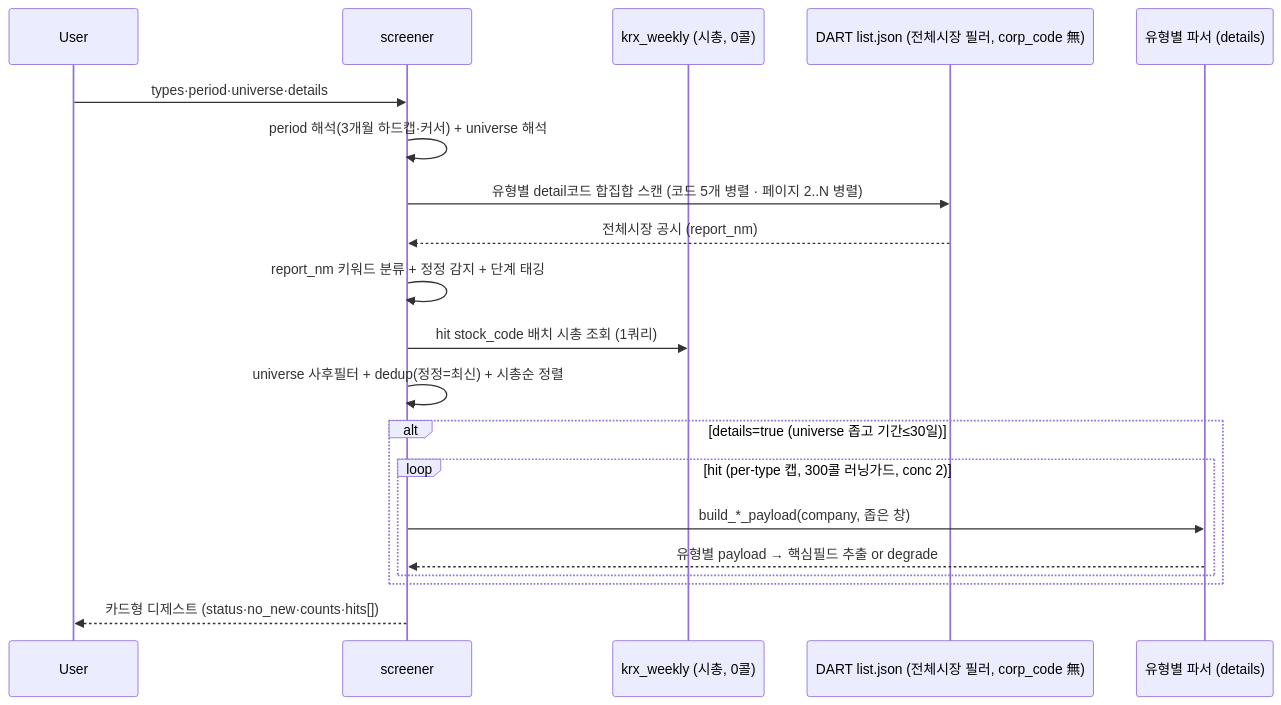
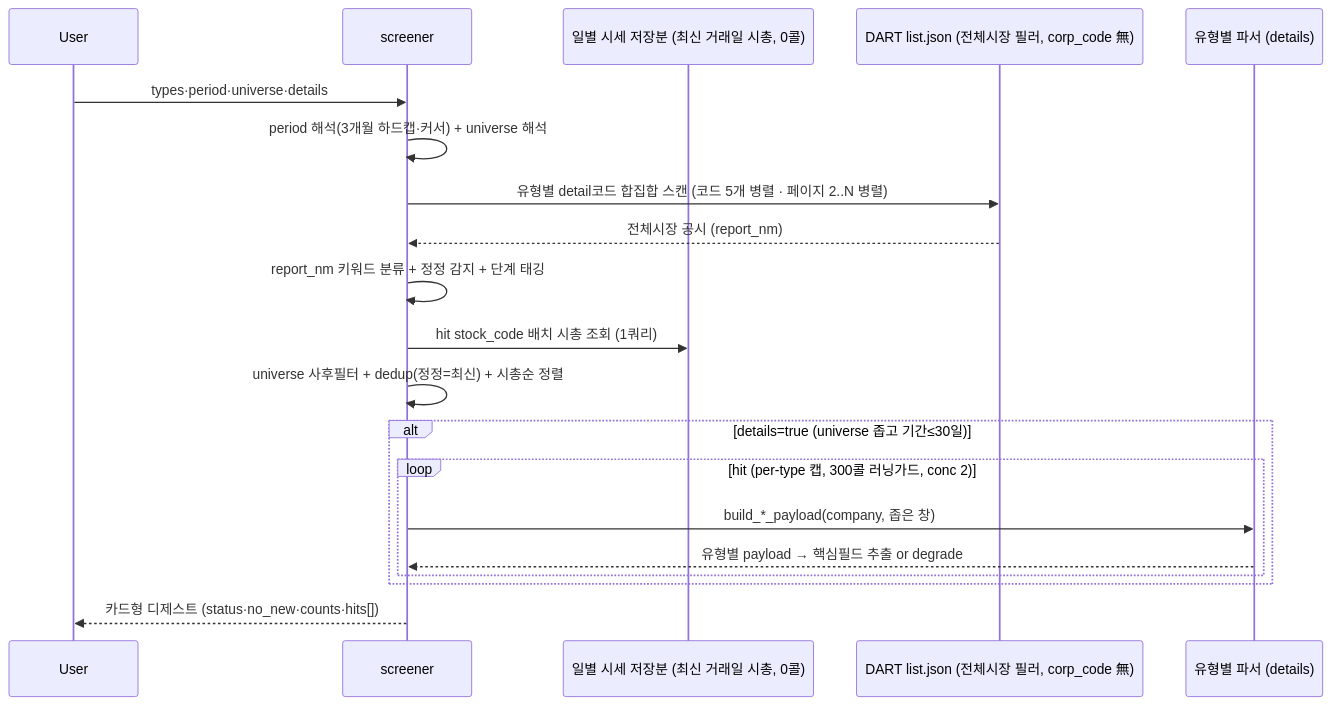
One commit to MarcoYou/open-proxy-mcp changed the diagram in wiki/tools/screener.md. Above: the diagram before and after it, drawn with Mermaid. The commit also changed other lines of this file and 37 other files, not shown here.

````diff
--- a/wiki/tools/screener.md
+++ b/wiki/tools/screener.md
@@ -116,22 +116,22 @@
 ```mermaid
 sequenceDiagram
     participant U as User
     participant S as screener
-    participant K as krx_weekly (시총, 0콜)
+    participant K as 일별 시세 저장분 (최신 거래일 시총, 0콜)
     participant L as DART list.json (전체시장 필러, corp_code 無)
     participant P as 유형별 파서 (details)
     U->>S: types·period·universe·details
     S->>S: period 해석(3개월 하드캡·커서) + universe 해석
     S->>L: 유형별 detail코드 합집합 스캔 (코드 5개 병렬 · 페이지 2..N 병렬)
     L-->>S: 전체시장 공시 (report_nm)
     S->>S: report_nm 키워드 분류 + 정정 감지 + 단계 태깅
     S->>K: hit stock_code 배치 시총 조회 (1쿼리)
     S->>S: universe 사후필터 + dedup(정정=최신) + 시총순 정렬
     alt details=true (universe 좁고 기간≤30일)
         loop hit (per-type 캡, 300콜 러닝가드, conc 2)
             S->>P: build_*_payload(company, 좁은 창)
             P-->>S: 유형별 payload → 핵심필드 추출 or degrade
         end
     end
     S-->>U: 카드형 디제스트 (status·no_new·counts·hits[])
 ```
````
